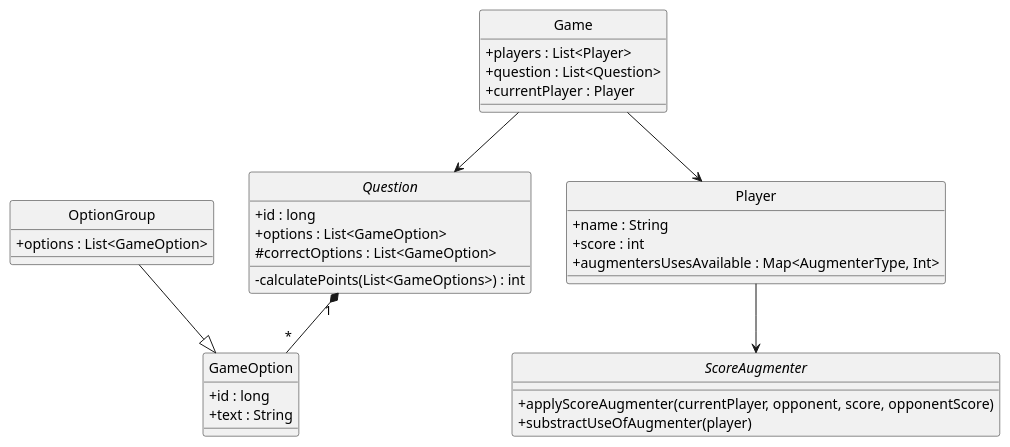
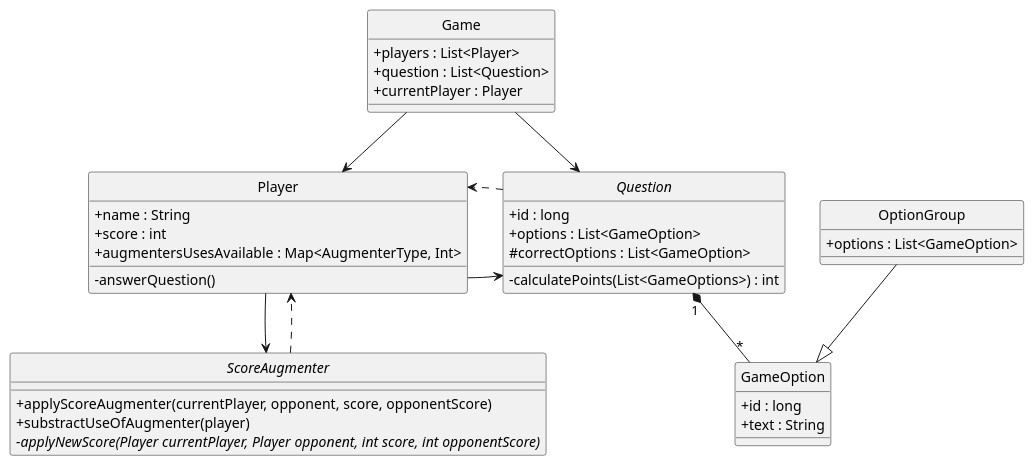
The diagram in docs/diagramaClases-Principal-TP2.plantuml (diegosanchez/TP2-Kahoot), drawn with PlantUML before and after one commit.

Commit message:
Actualización Diagrama de Clases
Agrego interacción entre usuario y pregunta de forma teorica sin clase controller

```diff
--- a/docs/diagramaClases-Principal-TP2.plantuml
+++ b/docs/diagramaClases-Principal-TP2.plantuml
@@ -1,49 +1,54 @@
 @startuml DiagramaUML-Clases-TP2
 hide circle
 skinparam classAttributeIconSize 0
 
 abstract Question{
     + id : long
     + options : List<GameOption>
     # correctOptions : List<GameOption>
     - calculatePoints(List<GameOptions>) : int
 }
 
 class GameOption{
     + id : long
 	+ text : String
 }
 
 class OptionGroup{
     + options : List<GameOption>
 }
 
 class Game{
     + players : List<Player>
 	+ question : List<Question>
 	+ currentPlayer : Player
 }
 
 class Player{
     + name : String
 	+ score : int
 	+ augmentersUsesAvailable : Map<AugmenterType, Int>
-
+    - answerQuestion()
 }
 
 abstract ScoreAugmenter{
     + applyScoreAugmenter(currentPlayer, opponent, score, opponentScore)
     + substractUseOfAugmenter(player)
+    - {abstract}applyNewScore(Player currentPlayer, Player opponent, int score, int opponentScore)
 }
 
 
 Game  -->  Question
 Game -->  Player
 
 OptionGroup --|> GameOption
 
+Player --right> Question
+Question ..> Player
+
 Player --> ScoreAugmenter
+ScoreAugmenter ..> Player 
 
 Question "1"*--"*" GameOption
 
 @enduml
```
